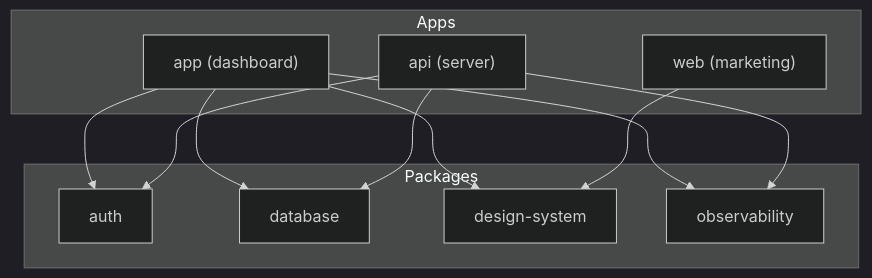
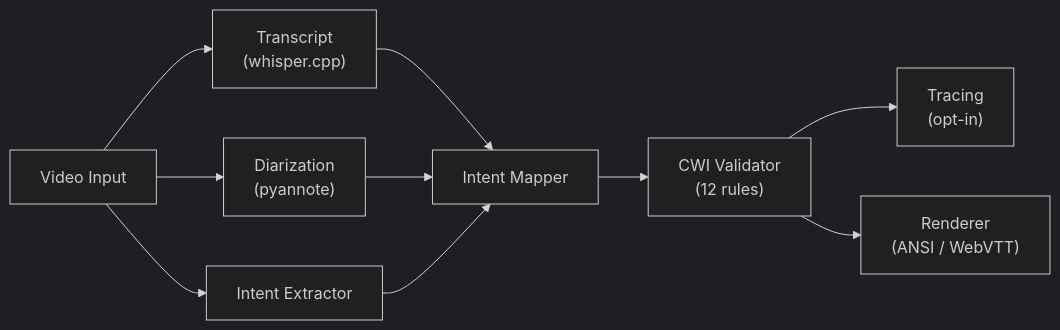
Before and after one commit to broomva/opencaptions: the first of 2 diagrams in docs/architecture/overview.md, drawn with Mermaid (dark theme). The commit also changed other lines of this file and 16 other files, not shown here.

````diff
--- a/docs/architecture/overview.md
+++ b/docs/architecture/overview.md
@@ -19,24 +33,12 @@
 ```mermaid
-graph TD
-    subgraph Apps
-        APP["app (dashboard)"]
-        API["api (server)"]
-        WEB["web (marketing)"]
-    end
-
-    subgraph Packages
-        AUTH["auth"]
-        DB["database"]
-        UI["design-system"]
-        OBS["observability"]
-    end
-
-    APP --> AUTH
-    APP --> DB
-    APP --> UI
-    APP --> OBS
-    API --> AUTH
-    API --> DB
-    API --> OBS
-    WEB --> UI
+graph LR
+    VIDEO["Video Input"] --> TRANSCRIPT["Transcript<br/>(whisper.cpp)"]
+    VIDEO --> DIARIZE["Diarization<br/>(pyannote)"]
+    VIDEO --> INTENT["Intent Extractor"]
+    TRANSCRIPT --> MAPPER["Intent Mapper"]
+    DIARIZE --> MAPPER
+    INTENT --> MAPPER
+    MAPPER --> VALIDATOR["CWI Validator<br/>(12 rules)"]
+    VALIDATOR --> TRACING["Tracing<br/>(opt-in)"]
+    VALIDATOR --> RENDER["Renderer<br/>(ANSI / WebVTT)"]
 ```
````
